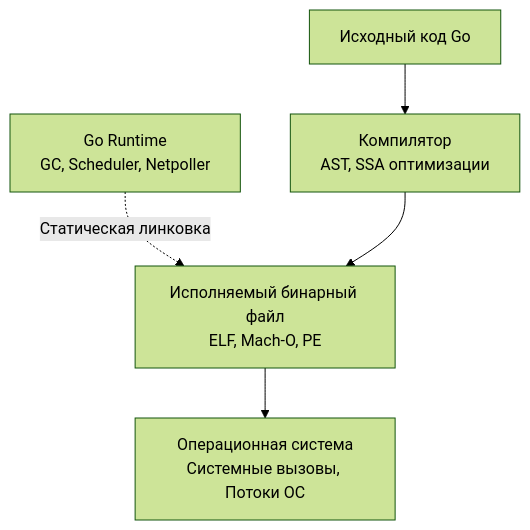
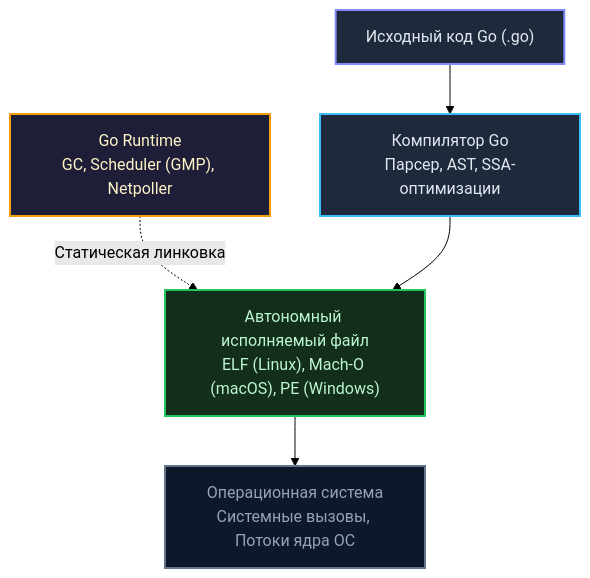
Before and after one commit to UnrealTemplier/go-textbook: the diagram in sources/5. Учебник по Go (Основы и синтаксис)/1. Обзор раздела. Из чего состоит язык Go.md, drawn with Mermaid (forest theme). The commit also changed other lines of this file, not shown here.

````diff
--- a/sources/5. Учебник по Go (Основы и синтаксис)/1. Обзор раздела. Из чего состоит язык Go.md
+++ b/sources/5. Учебник по Go (Основы и синтаксис)/1. Обзор раздела. Из чего состоит язык Go.md
@@ -12,7 +15,13 @@
 ```mermaid
 flowchart TD
-    Source["Исходный код Go"] --> Compiler["Компилятор<br>AST, SSA оптимизации"]
-    Runtime["Go Runtime<br>GC, Scheduler, Netpoller"] -.-> |"Статическая линковка"| Binary
-    Compiler --> Binary["Исполняемый бинарный файл<br>ELF, Mach-O, PE"]
-    Binary --> OS["Операционная система<br>Системные вызовы, Потоки ОС"]
+    Source["Исходный код Go (.go)"] --> Compiler["Компилятор Go<br>Парсер, AST, SSA-оптимизации"]
+    Runtime["Go Runtime<br>GC, Scheduler (GMP), Netpoller"] -.-> |"Статическая линковка"| Binary
+    Compiler --> Binary["Автономный исполняемый файл<br>ELF (Linux), Mach-O (macOS), PE (Windows)"]
+    Binary --> OS["Операционная система<br>Системные вызовы, Потоки ядра ОС"]
+    
+    style Source fill:#1e293b,stroke:#818cf8,stroke-width:2px,color:#e2e8f0
+    style Compiler fill:#1e293b,stroke:#38bdf8,stroke-width:2px,color:#e2e8f0
+    style Runtime fill:#1e1e38,stroke:#f59e0b,stroke-width:2px,color:#fef3c7
+    style Binary fill:#132e1b,stroke:#22c55e,stroke-width:2px,color:#bbf7d0
+    style OS fill:#0f172a,stroke:#64748b,stroke-width:2px,color:#94a3b8
 ```
````
